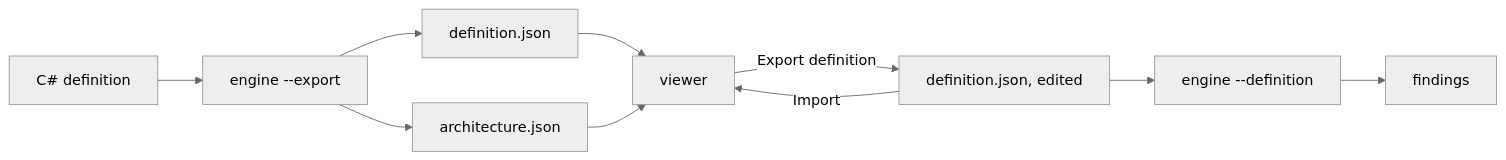
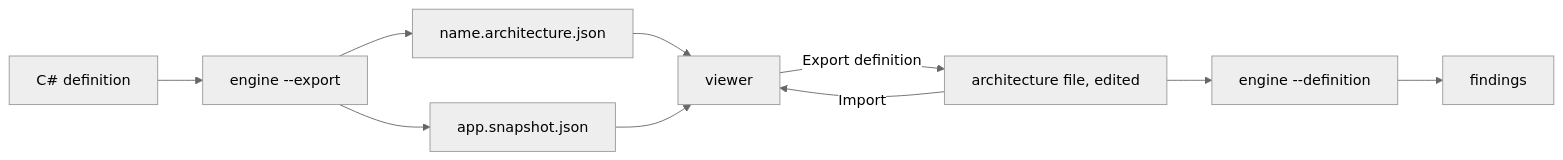
Before and after one commit to MgCohen/vsa-template: the diagram in docs/architecture-data.md, drawn with Mermaid (neutral theme). The commit also changed other lines of this file and 44 other files, not shown here.

First line of the commit message:
Name the files <architecture>.architecture.json and <app>.snapshot.json

````diff
--- a/docs/architecture-data.md
+++ b/docs/architecture-data.md
@@ -7,12 +14,12 @@
 ```mermaid
 flowchart LR
     C[C# definition] --> X[engine --export]
-    X --> D[definition.json]
-    X --> A[architecture.json]
+    X --> D[name.architecture.json]
+    X --> A[app.snapshot.json]
     D --> V[viewer]
     A --> V
-    V -- Export definition --> D2[definition.json, edited]
+    V -- Export definition --> D2[architecture file, edited]
     D2 -- Import --> V
     D2 --> K[engine --definition]
     K --> F[findings]
 ```
````
